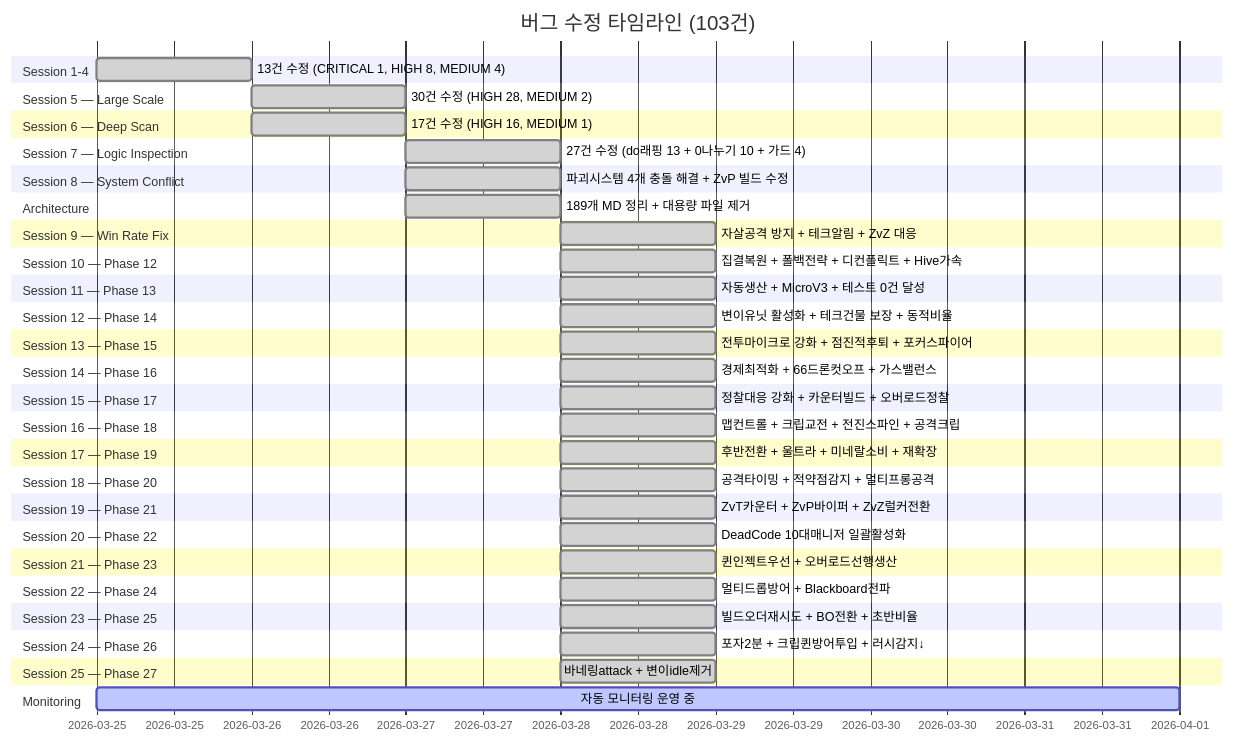
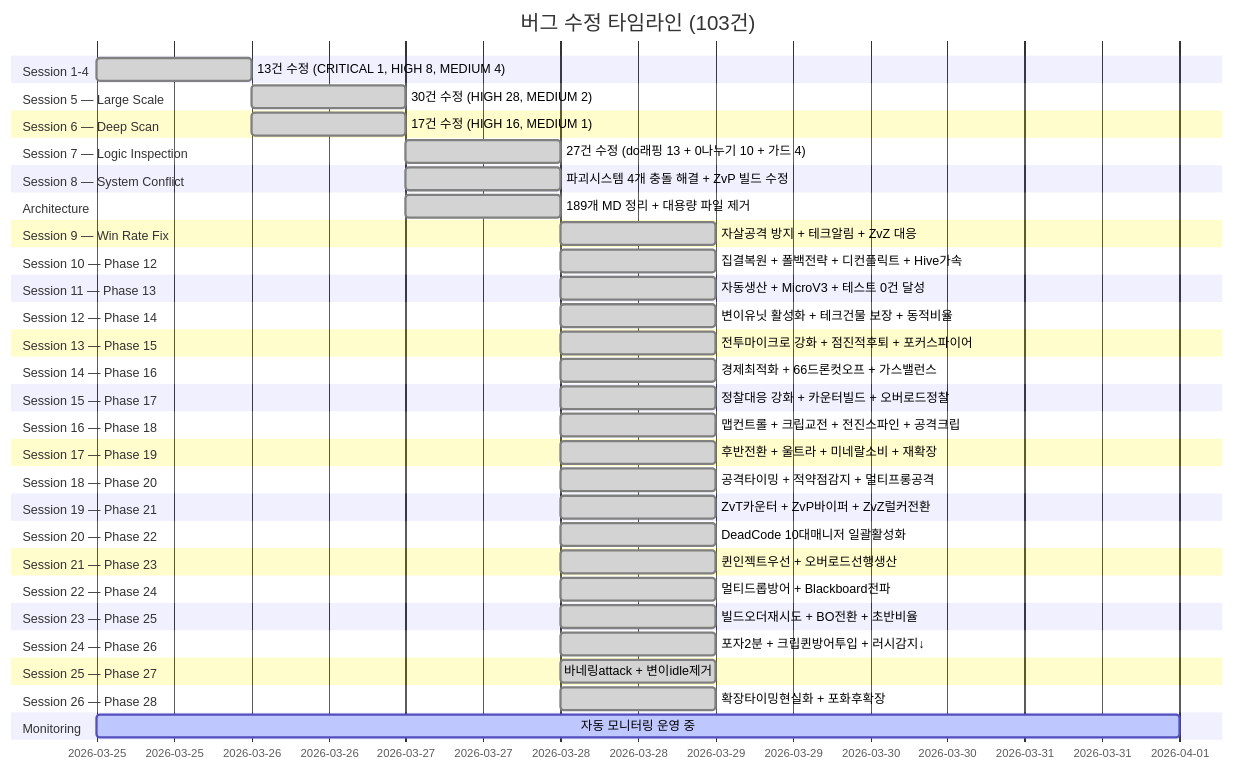
Before and after one commit to sun475300-sudo/Swarm-control-in-sc2bot: diagram 23 of 31 in README.md, drawn with Mermaid. The commit also changed other lines of this file and 2 other files, not shown here.

Commit message:
feat: Phase 28 경제밸런스 — 확장타이밍현실화(90초→3분30초) + 포화후확장원칙

````diff
--- a/README.md
+++ b/README.md
@@ -633,53 +633,55 @@
 ```mermaid
 gantt
     title 버그 수정 타임라인 (103건)
     dateFormat YYYY-MM-DD
     section Session 1-4
         13건 수정 (CRITICAL 1, HIGH 8, MEDIUM 4)   :done, s1, 2026-03-25, 1d
     section Session 5 — Large Scale
         30건 수정 (HIGH 28, MEDIUM 2)              :done, s5, 2026-03-26, 1d
     section Session 6 — Deep Scan
         17건 수정 (HIGH 16, MEDIUM 1)              :done, s6, 2026-03-26, 1d
     section Session 7 — Logic Inspection
         27건 수정 (do래핑 13 + 0나누기 10 + 가드 4) :done, s7, 2026-03-27, 1d
     section Session 8 — System Conflict
         파괴시스템 4개 충돌 해결 + ZvP 빌드 수정    :done, s8, 2026-03-27, 1d
     section Architecture
         189개 MD 정리 + 대용량 파일 제거            :done, s9, 2026-03-27, 1d
     section Session 9 — Win Rate Fix
         자살공격 방지 + 테크알림 + ZvZ 대응         :done, s10, 2026-03-28, 1d
     section Session 10 — Phase 12
         집결복원 + 폴백전략 + 디컨플릭트 + Hive가속 :done, s11, 2026-03-28, 1d
     section Session 11 — Phase 13
         자동생산 + MicroV3 + 테스트 0건 달성       :done, s12, 2026-03-28, 1d
     section Session 12 — Phase 14
         변이유닛 활성화 + 테크건물 보장 + 동적비율  :done, s13, 2026-03-28, 1d
     section Session 13 — Phase 15
         전투마이크로 강화 + 점진적후퇴 + 포커스파이어 :done, s14, 2026-03-28, 1d
     section Session 14 — Phase 16
         경제최적화 + 66드론컷오프 + 가스밸런스     :done, s15, 2026-03-28, 1d
     section Session 15 — Phase 17
         정찰대응 강화 + 카운터빌드 + 오버로드정찰   :done, s16, 2026-03-28, 1d
     section Session 16 — Phase 18
         맵컨트롤 + 크립교전 + 전진스파인 + 공격크립 :done, s17, 2026-03-28, 1d
     section Session 17 — Phase 19
         후반전환 + 울트라 + 미네랄소비 + 재확장    :done, s18, 2026-03-28, 1d
     section Session 18 — Phase 20
         공격타이밍 + 적약점감지 + 멀티프롱공격     :done, s19, 2026-03-28, 1d
     section Session 19 — Phase 21
         ZvT카운터 + ZvP바이퍼 + ZvZ럴커전환      :done, s20, 2026-03-28, 1d
     section Session 20 — Phase 22
         DeadCode 10대매니저 일괄활성화            :done, s21, 2026-03-28, 1d
     section Session 21 — Phase 23
         퀸인젝트우선 + 오버로드선행생산          :done, s22, 2026-03-28, 1d
     section Session 22 — Phase 24
         멀티드롭방어 + Blackboard전파           :done, s23, 2026-03-28, 1d
     section Session 23 — Phase 25
         빌드오더재시도 + BO전환 + 초반비율     :done, s24, 2026-03-28, 1d
     section Session 24 — Phase 26
         포자2분 + 크립퀸방어투입 + 러시감지↓  :done, s25, 2026-03-28, 1d
     section Session 25 — Phase 27
         바네링attack + 변이idle제거         :done, s26, 2026-03-28, 1d
+    section Session 26 — Phase 28
+        확장타이밍현실화 + 포화후확장       :done, s27, 2026-03-28, 1d
     section Monitoring
         자동 모니터링 운영 중                        :active, mon, 2026-03-25, 7d
 ```
````
